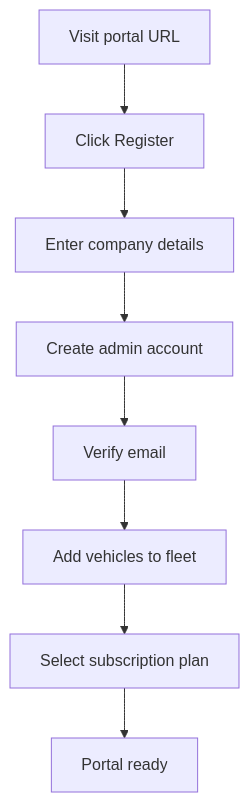
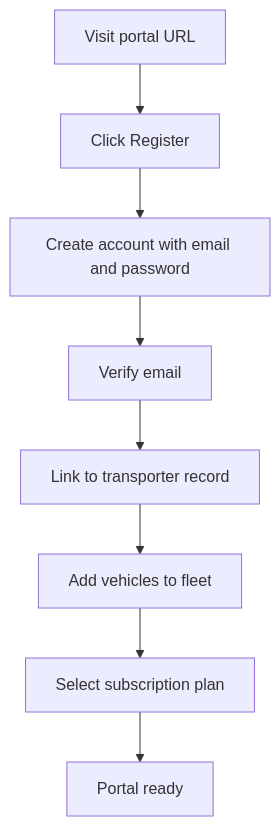
One commit to Bengo-Hub/truload-docs changed the diagram in docs/portal/registration.md. Above: the diagram before and after it, drawn with Mermaid. The commit also changed other lines of this file and 3 other files, not shown here.

````diff
--- a/docs/portal/registration.md
+++ b/docs/portal/registration.md
@@ -7,10 +7,10 @@
 ```mermaid
 flowchart TD
     A[Visit portal URL] --> B[Click Register]
-    B --> C[Enter company details]
-    C --> D[Create admin account]
-    D --> E[Verify email]
+    B --> C[Create account with email and password]
+    C --> D[Verify email]
+    D --> E[Link to transporter record]
     E --> F[Add vehicles to fleet]
     F --> G[Select subscription plan]
     G --> H[Portal ready]
 ```
````
